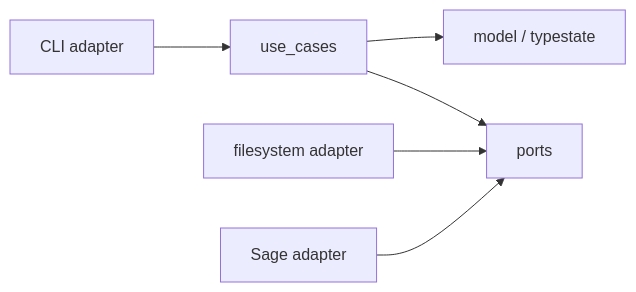
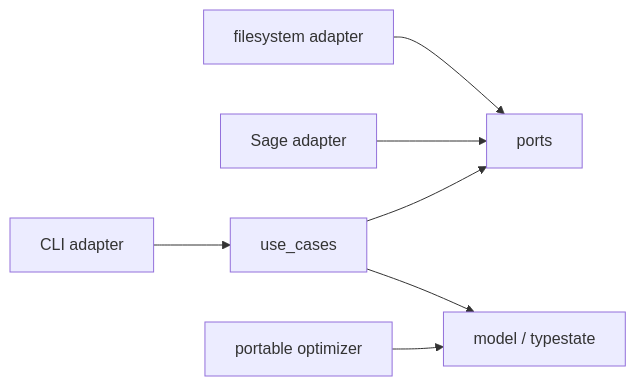
One commit to alfredoVallejoM/homomorphic-hash-rs changed the second of 4 diagrams in docs/microfield/architecture.md. Above: the diagram before and after it, drawn with Mermaid. The commit also changed other lines of this file and 43 other files, not shown here.

````diff
--- a/docs/microfield/architecture.md
+++ b/docs/microfield/architecture.md
@@ -32,8 +32,9 @@
 ```mermaid
 flowchart LR
     CLI[CLI adapter] --> UseCases[use_cases]
     FS[filesystem adapter] --> Ports[ports]
     Sage[Sage adapter] --> Ports
     UseCases --> Model[model / typestate]
     UseCases --> Ports
+    Optimizer[portable optimizer] --> Model
 ```
````
